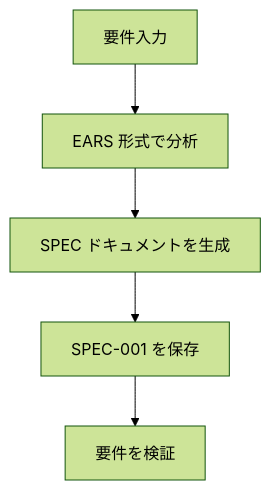
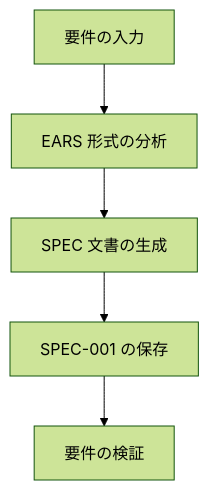
Before and after one commit to modu-ai/moai-adk: the second of 9 diagrams in docs-site/content/ja/getting-started/quickstart.md, drawn with Mermaid (forest theme). The commit also changed other lines of this file and 395 other files, not shown here.

````diff
--- a/docs-site/content/ja/getting-started/quickstart.md
+++ b/docs-site/content/ja/getting-started/quickstart.md
@@ -97,7 +97,7 @@
 ```mermaid
 flowchart TB
-    A["要件入力"] --> B["EARS 形式で分析"]
-    B --> C["SPEC ドキュメントを生成"]
-    C --> D["SPEC-001 を保存"]
-    D --> E["要件を検証"]
+    A["要件の入力"] --> B["EARS 形式の分析"]
+    B --> C["SPEC 文書の生成"]
+    C --> D["SPEC-001 の保存"]
+    D --> E["要件の検証"]
 ```
````
